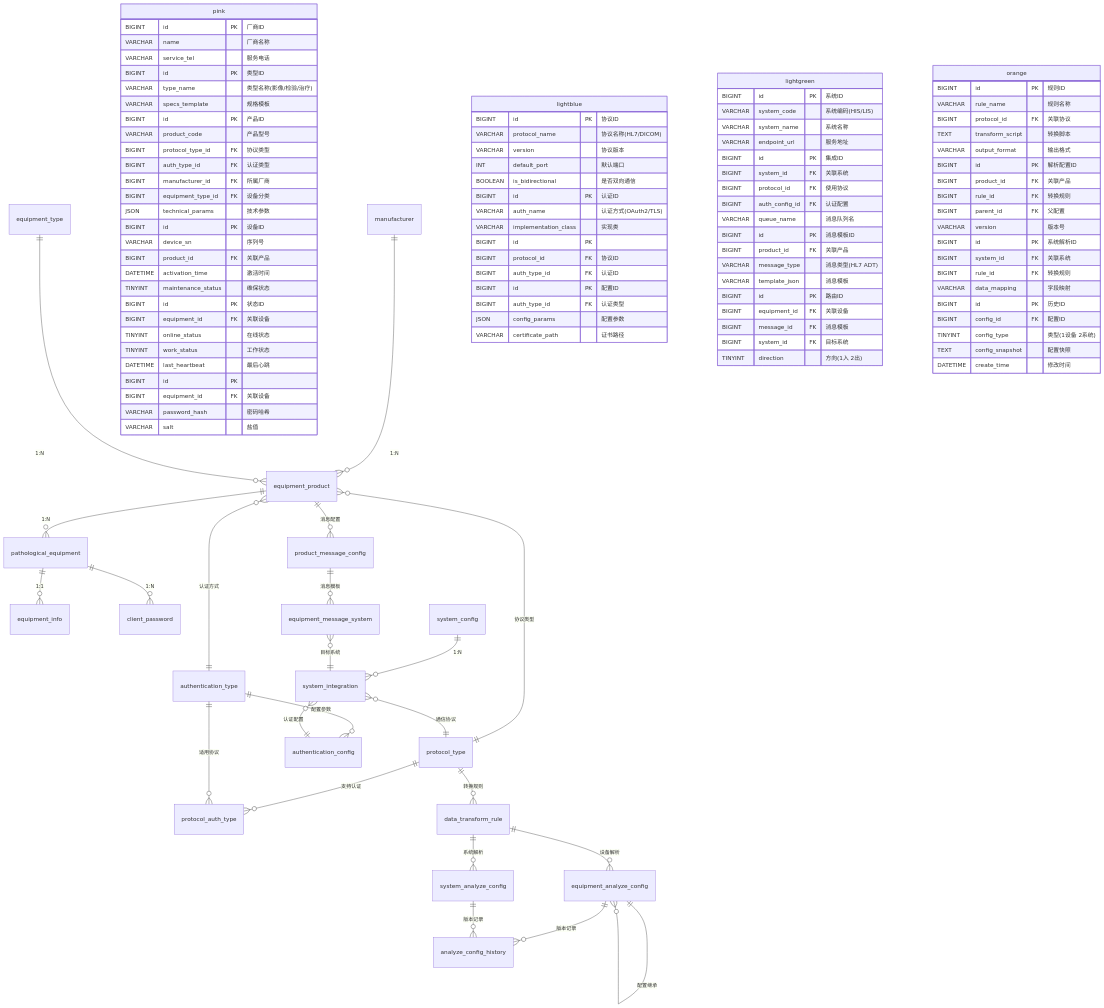
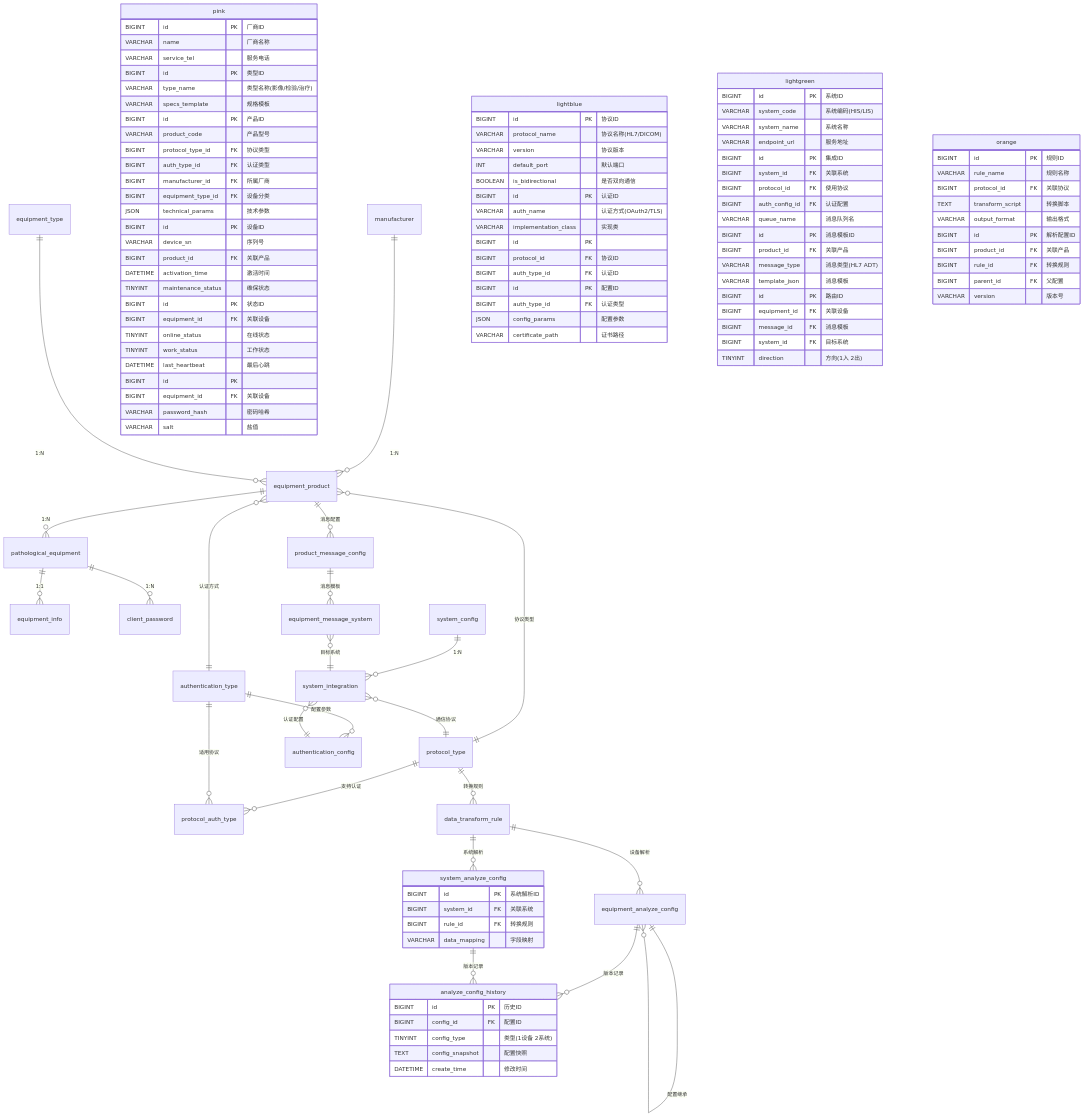
Before and after one commit to fuyong859050943/iodraw-files: the diagram in all/未命名-4.md, drawn with Mermaid.

Commit message:
2025-02-25 09:55:58 update

```diff
--- a/all/未命名-4.md
+++ b/all/未命名-4.md
@@ -125,14 +125,14 @@
         VARCHAR version "版本号"
     }
     
-    system_analyze_config orange {
+    system_analyze_config {
         BIGINT id PK "系统解析ID"
         BIGINT system_id FK "关联系统"
         BIGINT rule_id FK "转换规则"
         VARCHAR data_mapping "字段映射"
     }
     
-    analyze_config_history orange {
+    analyze_config_history {
         BIGINT id PK "历史ID"
         BIGINT config_id FK "配置ID"
         TINYINT config_type "类型(1设备 2系统)"
```
